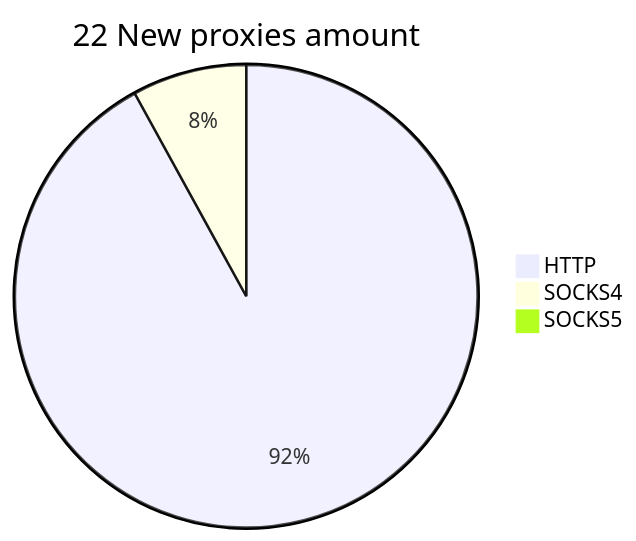
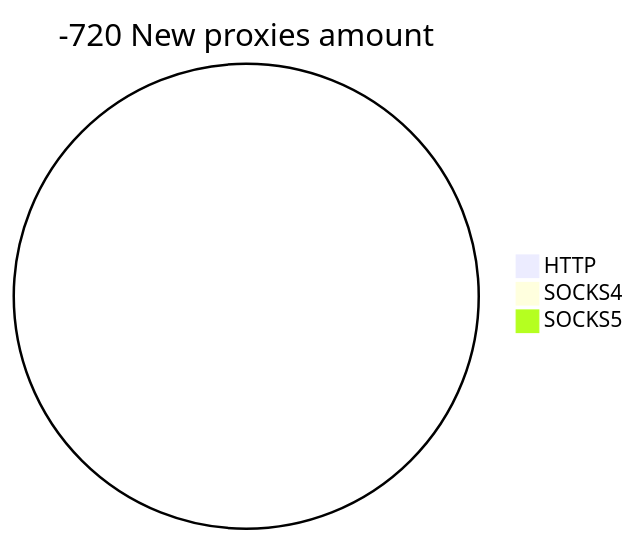
Before and after one commit to cutipu/proxylist: the second of 2 diagrams in README.md, drawn with Mermaid. The commit also changed other lines of this file, not shown here.

````diff
--- a/README.md
+++ b/README.md
@@ -10,6 +10,6 @@
 ```mermaid
-pie title 22 New proxies amount
-    "HTTP" : 23
-    "SOCKS4" : 2
+pie title -720 New proxies amount
+    "HTTP" : 0
+    "SOCKS4" : 0
     "SOCKS5" : 0
 ```
````
